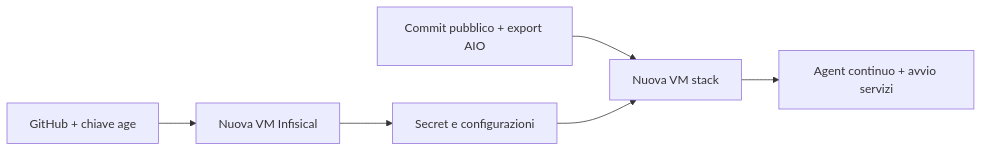
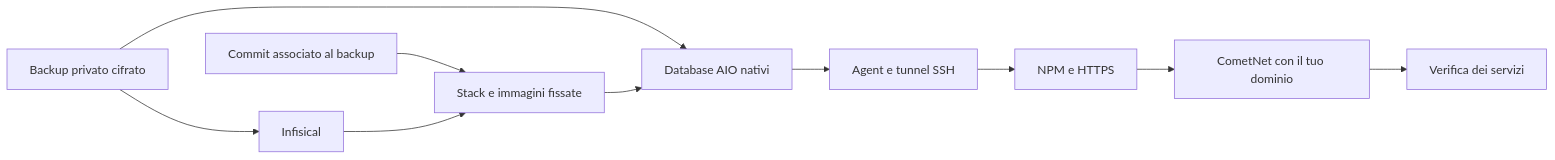
One commit to dav1dera/streams-aio-recovery-gui changed the diagram in README.md. Above: the diagram before and after it, drawn with Mermaid. The commit also changed other lines of this file and 2 other files, not shown here.

Commit message:
Introduce the v0.4 recovery dashboard and native backup guide

````diff
--- a/README.md
+++ b/README.md
@@ -88,8 +27,12 @@
 ```mermaid
 flowchart LR
-    A[GitHub + chiave age] --> B[Nuova VM Infisical]
-    B --> C[Secret e configurazioni]
-    D[Commit pubblico + export AIO] --> E[Nuova VM stack]
-    C --> E
-    E --> F[Agent continuo + avvio servizi]
+    B[Backup privato cifrato] --> I[Infisical]
+    G[Commit associato al backup] --> S[Stack e immagini fissate]
+    I --> S
+    B --> A[Database AIO nativi]
+    S --> A
+    A --> T[Agent e tunnel SSH]
+    T --> N[NPM e HTTPS]
+    N --> C[CometNet con il tuo dominio]
+    C --> V[Verifica dei servizi]
 ```
````
